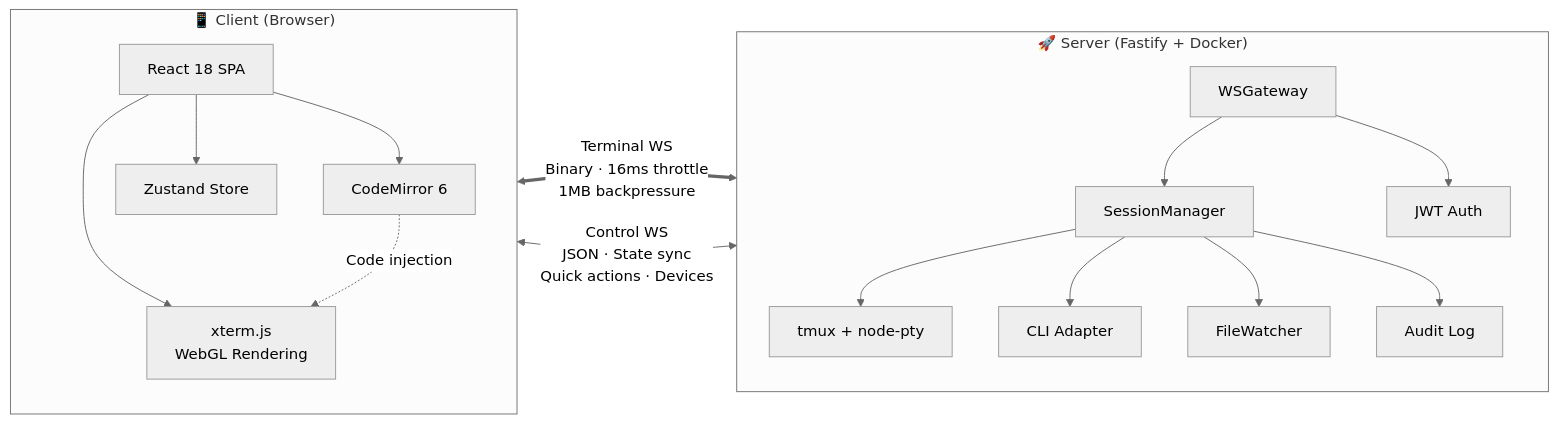
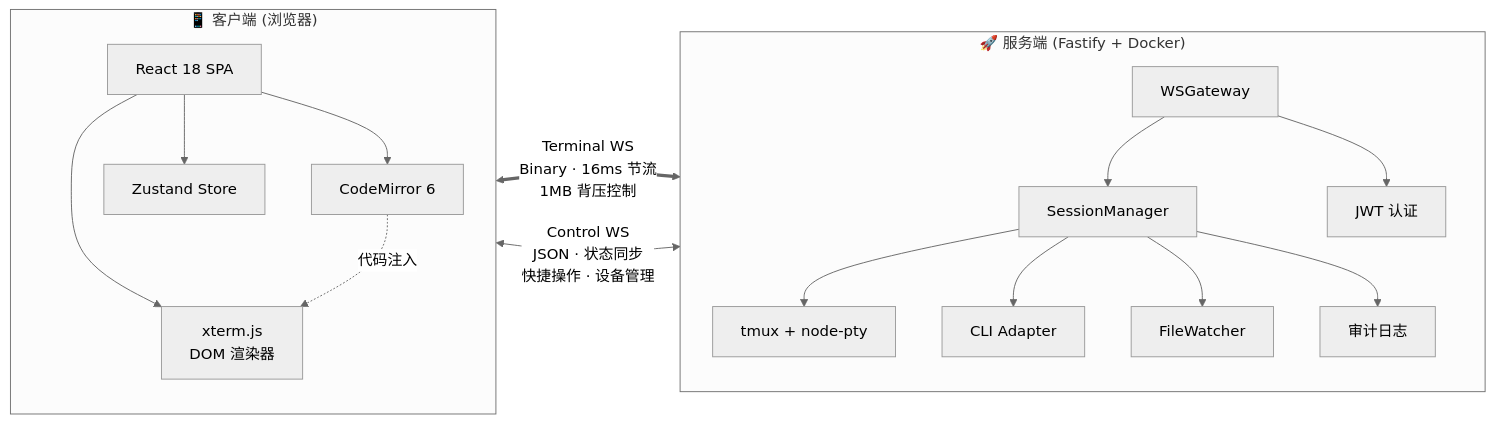
The first of 2 diagrams in README.md (wait4xx/AI-CLI), drawn with Mermaid (neutral theme) before and after one commit. The commit also changed other lines of this file and 7 other files, not shown here.

````diff
--- a/README.md
+++ b/README.md
@@ -121,34 +124,34 @@
 ```mermaid
 graph LR
-    subgraph Client["📱 Client (Browser)"]
+    subgraph Client["📱 客户端 (浏览器)"]
         direction TB
-        XTerm["xterm.js<br/>WebGL Rendering"]
+        XTerm["xterm.js<br/>DOM 渲染器"]
         React["React 18 SPA"]
         CM["CodeMirror 6"]
         Store["Zustand Store"]
         React --> XTerm
         React --> CM
         React --> Store
     end
 
-    subgraph Server["🚀 Server (Fastify + Docker)"]
+    subgraph Server["🚀 服务端 (Fastify + Docker)"]
         direction TB
         WS["WSGateway"]
         SM["SessionManager"]
         FA["CLI Adapter"]
         PTY["tmux + node-pty"]
-        Auth["JWT Auth"]
+        Auth["JWT 认证"]
         FW["FileWatcher"]
-        Audit["Audit Log"]
+        Audit["审计日志"]
         WS --> SM
         SM --> PTY
         SM --> FA
         WS --> Auth
         SM --> FW
         SM --> Audit
     end
 
-    XTerm <==>|Terminal WS<br/>Binary · 16ms throttle<br/>1MB backpressure| WS
-    React <-->|Control WS<br/>JSON · State sync<br/>Quick actions · Devices| WS
-    CM -.->|Code injection| XTerm
+    XTerm <==>|Terminal WS<br/>Binary · 16ms 节流<br/>1MB 背压控制| WS
+    React <-->|Control WS<br/>JSON · 状态同步<br/>快捷操作 · 设备管理| WS
+    CM -.->|代码注入| XTerm
 ```
````
